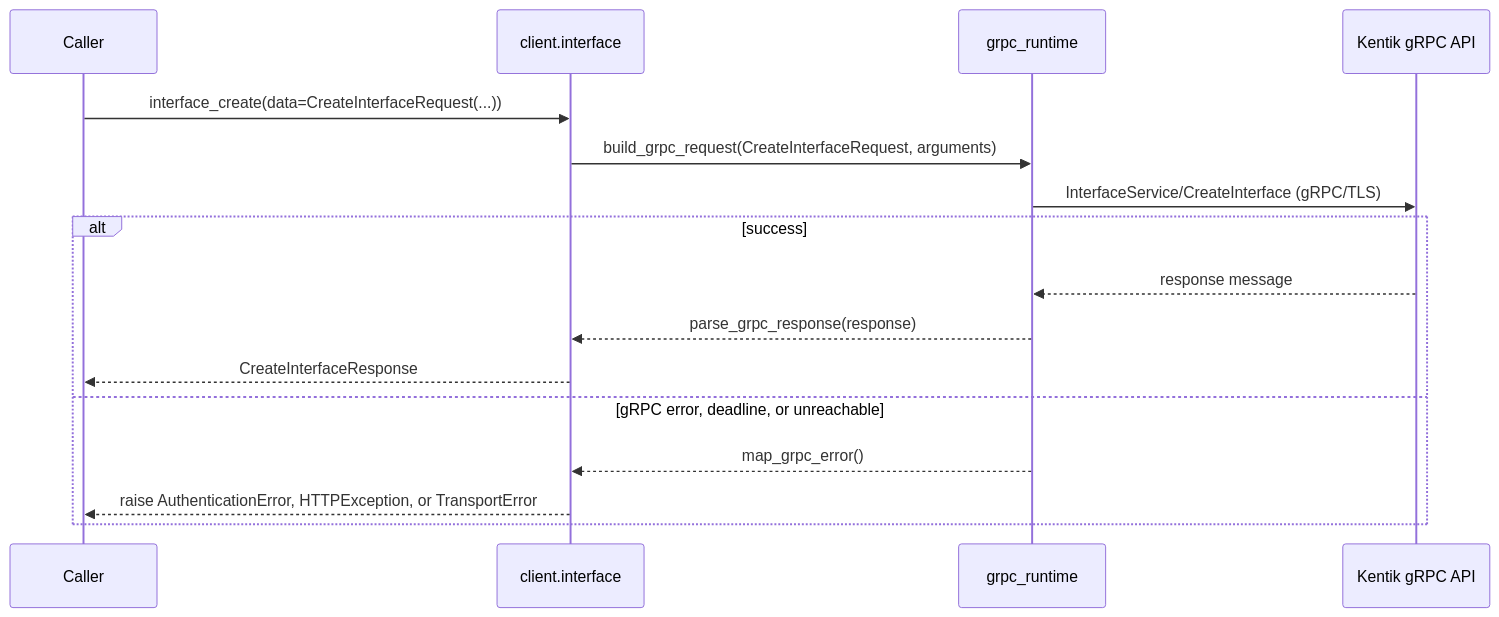
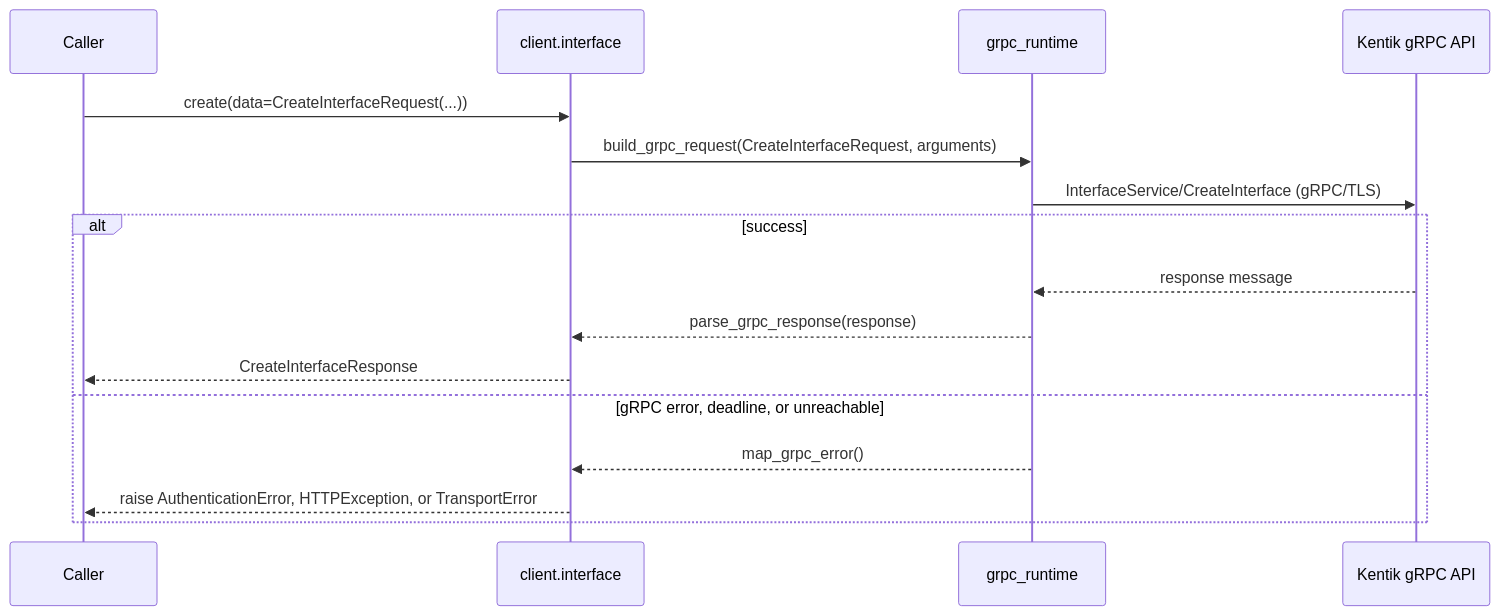
Before and after one commit to alexdearaujo/community_sdk_python: the fifth of 14 diagrams in docs/sphinx/services/interface.md, drawn with Mermaid. The commit also changed other lines of this file and 119 other files, not shown here.

````diff
--- a/docs/sphinx/services/interface.md
+++ b/docs/sphinx/services/interface.md
@@ -139,19 +139,19 @@
 ```mermaid
 sequenceDiagram
     participant C as Caller
     participant W as client.interface
     participant R as grpc_runtime
     participant API as Kentik gRPC API
 
-    C->>W: interface_create(data=CreateInterfaceRequest(...))
+    C->>W: create(data=CreateInterfaceRequest(...))
     W->>R: build_grpc_request(CreateInterfaceRequest, arguments)
     R->>API: InterfaceService/CreateInterface (gRPC/TLS)
     alt success
         API-->>R: response message
         R-->>W: parse_grpc_response(response)
         W-->>C: CreateInterfaceResponse
     else gRPC error, deadline, or unreachable
         R-->>W: map_grpc_error()
         W-->>C: raise AuthenticationError, HTTPException, or TransportError
     end
 ```
````
